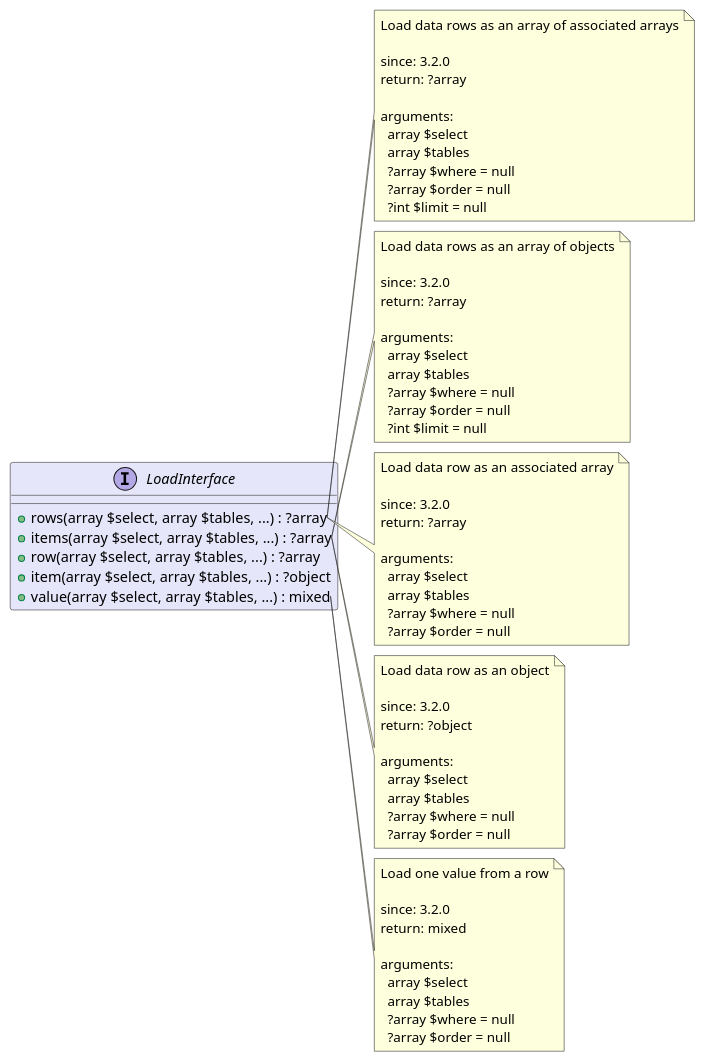
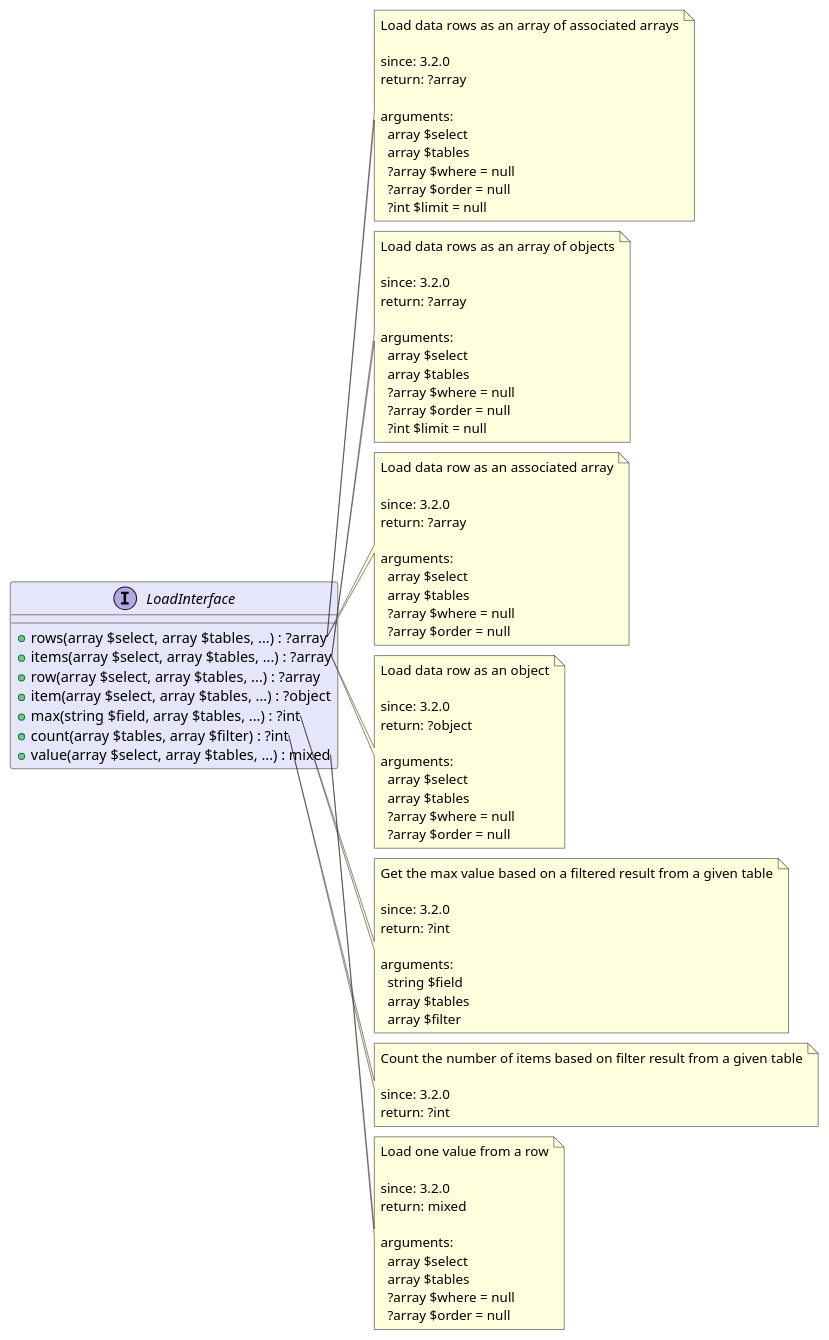
One commit to joomengine/super-powers changed the diagram in src/2ad31f74-f579-499d-b98b-c4f54fd615dd/README.md. Above: the diagram before and after it, drawn with PlantUML. The commit also changed 5 other files, not shown here.

```diff
--- a/src/2ad31f74-f579-499d-b98b-c4f54fd615dd/README.md
+++ b/src/2ad31f74-f579-499d-b98b-c4f54fd615dd/README.md
@@ -15,6 +15,8 @@
   + items(array $select, array $tables, ...) : ?array
   + row(array $select, array $tables, ...) : ?array
   + item(array $select, array $tables, ...) : ?object
+  + max(string $field, array $tables, ...) : ?int
+  + count(array $tables, array $filter) : ?int
   + value(array $select, array $tables, ...) : mixed
 }
 
@@ -72,6 +74,25 @@
     ?array $order = null
 end note
 
+note right of LoadInterface::max
+  Get the max value based on a filtered result from a given table
+
+  since: 3.2.0
+  return: ?int
+  
+  arguments:
+    string $field
+    array $tables
+    array $filter
+end note
+
+note right of LoadInterface::count
+  Count the number of items based on filter result from a given table
+
+  since: 3.2.0
+  return: ?int
+end note
+
 note right of LoadInterface::value
   Load one value from a row
 
```
